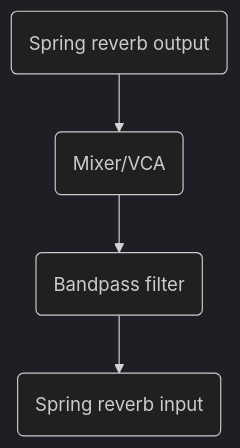
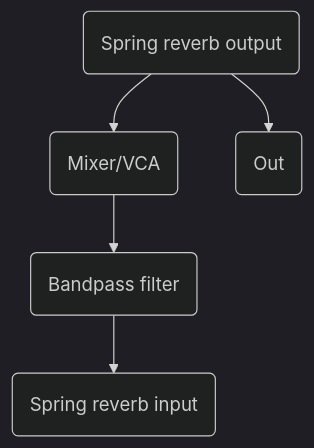
Before and after one commit to aidanreilly/man_synth: the first of 4 diagrams in _drafts/spring-thing.md, drawn with Mermaid (dark theme). The commit also changed other lines of this file and 8 other files, not shown here.

```diff
--- a/_drafts/spring-thing.md
+++ b/_drafts/spring-thing.md
@@ -20,6 +20,7 @@
 <div class="mermaid">
 graph TD;
 A(Spring reverb output) --> B(Mixer/VCA)
 B(Mixer/VCA)-->C(Bandpass filter)
-C(Bandpass filter)-->E(Spring reverb input)
+C(Bandpass filter)-->D(Spring reverb input)
+A(Spring reverb output) --> E(Out)
 </div>
```
